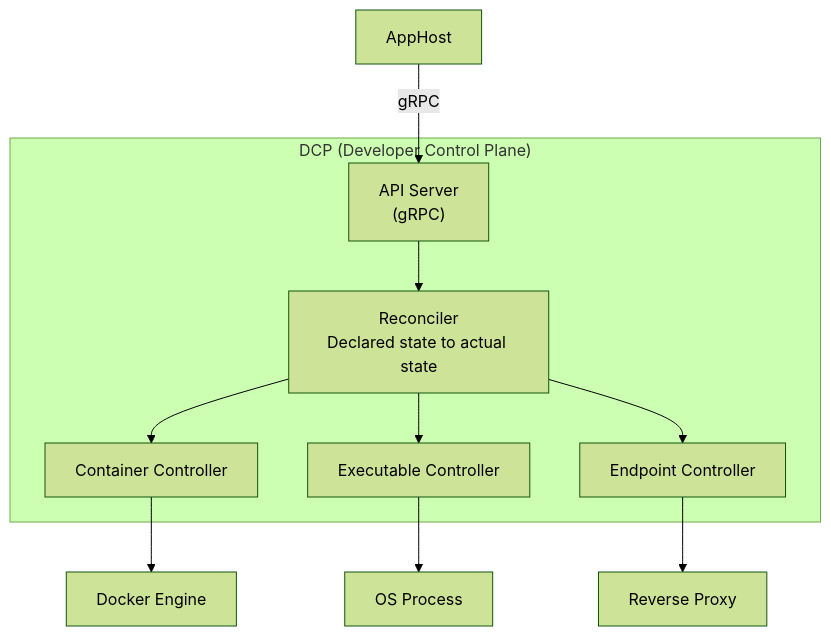
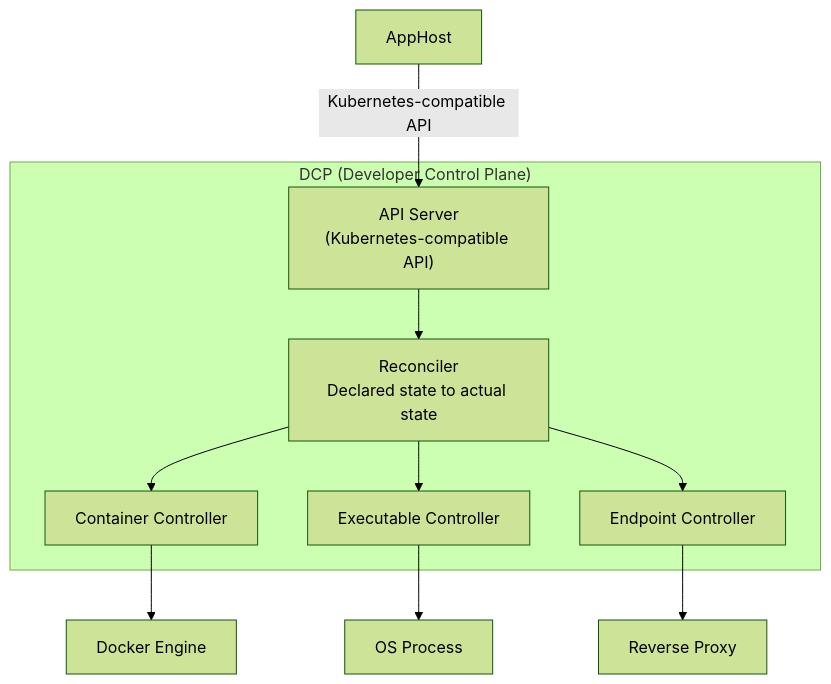
The fifth of 18 diagrams in content/blog/en/dotnet-aspire.mdx (yoichiozaki/yoichiozaki.github.io), drawn with Mermaid (forest theme) before and after one commit. The commit also changed other lines of this file and 116 other files, not shown here.

````diff
--- a/content/blog/en/dotnet-aspire.mdx
+++ b/content/blog/en/dotnet-aspire.mdx
@@ -307,20 +306,20 @@
 ```mermaid
 graph TD
     subgraph DCP["DCP (Developer Control Plane)"]
-        APIServer["API Server<br/>(gRPC)"]
+        APIServer["API Server<br/>(Kubernetes-compatible API)"]
         Reconciler["Reconciler<br/>Declared state to actual state"]
         ContainerCtrl["Container Controller"]
         ExecCtrl["Executable Controller"]
         EndpointCtrl["Endpoint Controller"]
     end
 
-    AppHost["AppHost"] -->|gRPC| APIServer
+    AppHost["AppHost"] -->|Kubernetes-compatible API| APIServer
     APIServer --> Reconciler
     Reconciler --> ContainerCtrl
     Reconciler --> ExecCtrl
     Reconciler --> EndpointCtrl
 
     ContainerCtrl --> Docker["Docker Engine"]
     ExecCtrl --> Process["OS Process"]
     EndpointCtrl --> Proxy["Reverse Proxy"]
 ```
````
